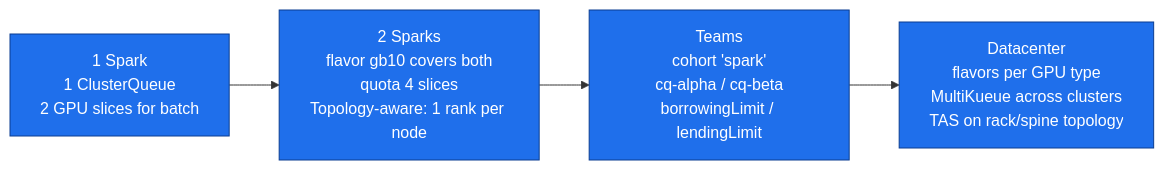
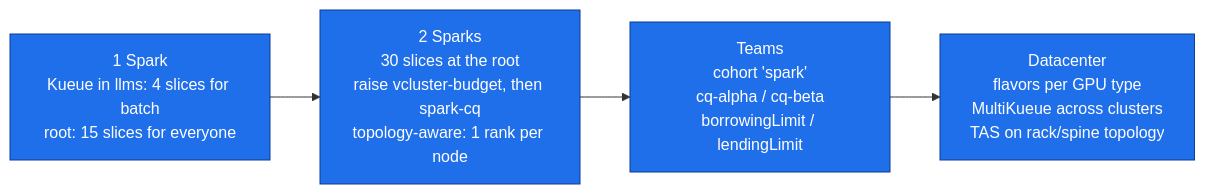
The second of 2 diagrams in 02 Kubernetes/05-kube-scheduler-and-ai-batch-scheduling.md (cloudone365/technical-depth), drawn with Mermaid before and after one commit. The commit also changed other lines of this file and 53 other files, not shown here.

````diff
--- a/02 Kubernetes/05-kube-scheduler-and-ai-batch-scheduling.md
+++ b/02 Kubernetes/05-kube-scheduler-and-ai-batch-scheduling.md
@@ -247,8 +362,8 @@
 ```mermaid
 flowchart LR
-  A["1 Spark<br/>1 ClusterQueue<br/>2 GPU slices for batch"] --> B["2 Sparks<br/>flavor gb10 covers both<br/>quota 4 slices<br/>Topology-aware: 1 rank per node"]
+  A["1 Spark<br/>Kueue in llms: 4 slices for batch<br/>root: 15 slices for everyone"] --> B["2 Sparks<br/>30 slices at the root<br/>raise vcluster-budget, then spark-cq<br/>topology-aware: 1 rank per node"]
   B --> C["Teams<br/>cohort 'spark'<br/>cq-alpha / cq-beta<br/>borrowingLimit / lendingLimit"]
   C --> D["Datacenter<br/>flavors per GPU type<br/>MultiKueue across clusters<br/>TAS on rack/spine topology"]
   classDef ctrl fill:#1f6feb,stroke:#0b3d91,color:#fff
   class A,B,C,D ctrl
 ```
````
